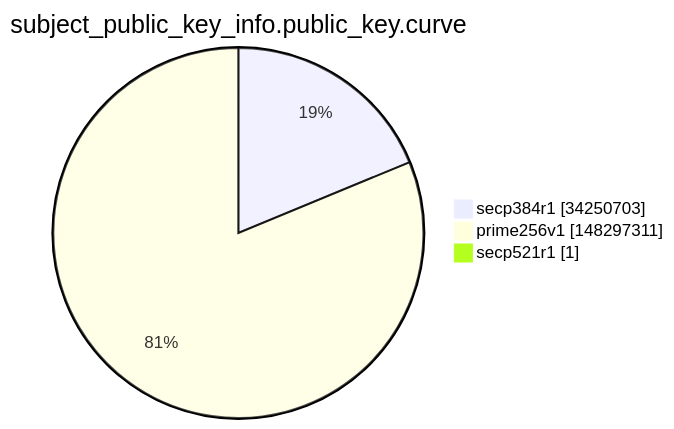
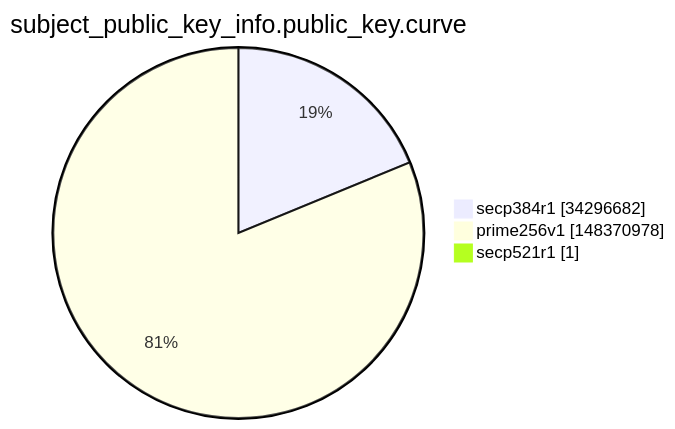
One commit to christiankrug/ctmonitor_visualization changed the ninth of 15 diagrams in argon2022/README.md. Above: the diagram before and after it, drawn with Mermaid. The commit also changed other lines of this file, not shown here.

````diff
--- a/argon2022/README.md
+++ b/argon2022/README.md
@@ -2764,7 +2764,7 @@
 ```mermaid
 pie showData
 title subject_public_key_info.public_key.curve
-"secp384r1" :34250703
-"prime256v1" :148297311
+"secp384r1" :34296682
+"prime256v1" :148370978
 "secp521r1" :1
 ```
````
